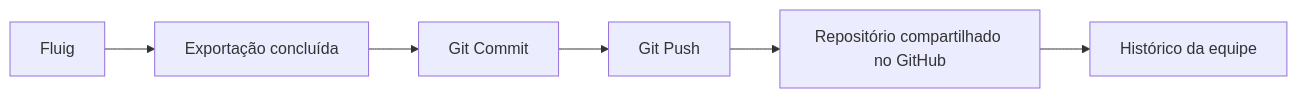
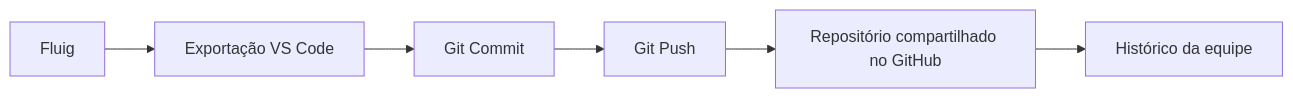
Before and after one commit to flruedigerlima/fluig-tracker-log: the diagram in README.md, drawn with Mermaid.

Commit message:
Update flowchart to reflect VS Code export process

````diff
--- a/README.md
+++ b/README.md
@@ -43,8 +43,8 @@
 ```mermaid
 flowchart LR
-    A[Fluig] --> B[Exportação concluída]
+    A[Fluig] --> B[Exportação VS Code]
     B --> C[Git Commit]
     C --> D[Git Push]
     D --> E[Repositório compartilhado no GitHub]
     E --> F[Histórico da equipe]
 ```
````
